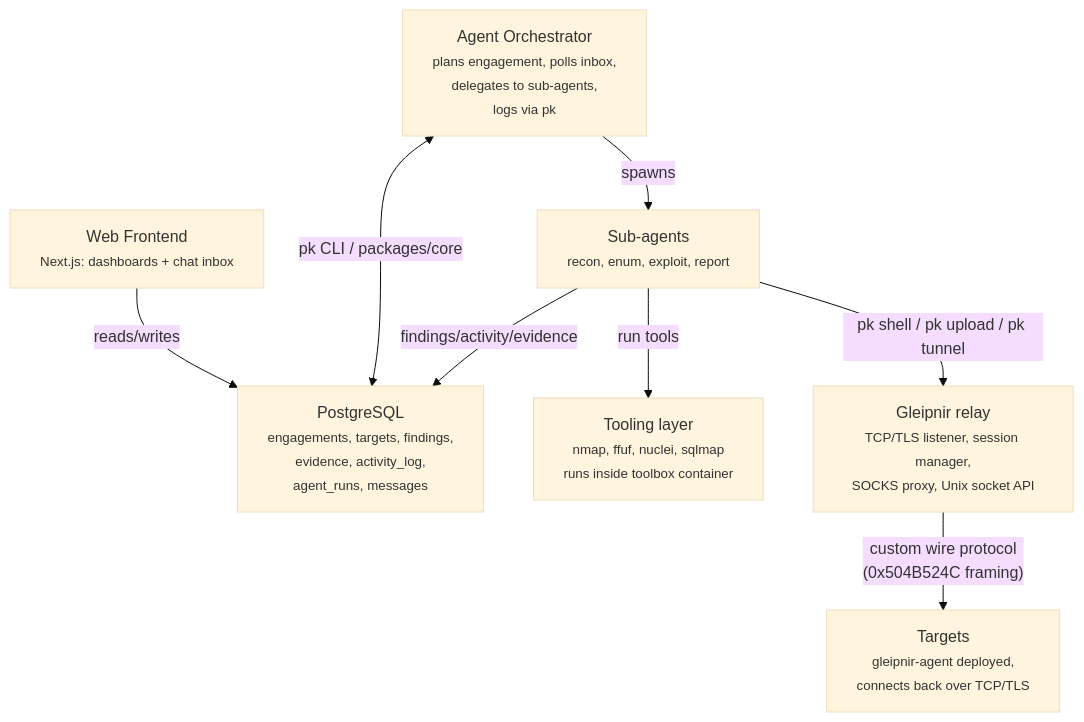
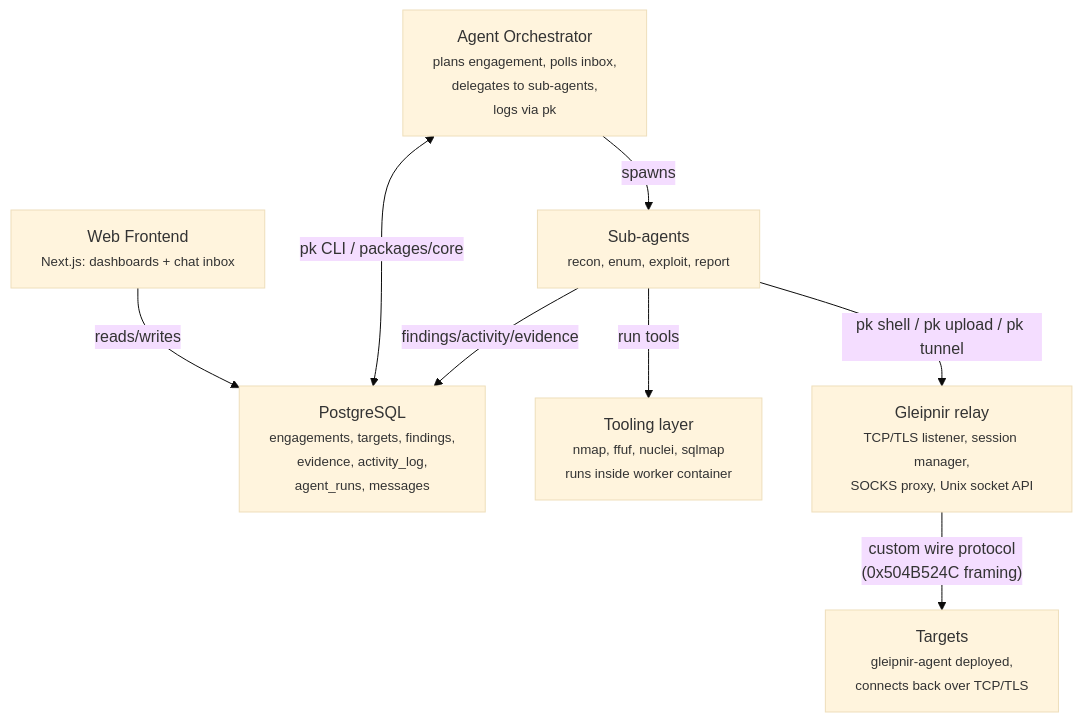
The diagram in docs/ARCHITECTURE.md (Saturate/PromptKiddie), drawn with Mermaid (base theme) before and after one commit. The commit also changed other lines of this file and 10 other files, not shown here.

First line of the commit message:
refactor: rename toolbox/attackbox refs to pk-worker pattern

````diff
--- a/docs/ARCHITECTURE.md
+++ b/docs/ARCHITECTURE.md
@@ -7,18 +7,18 @@
 ```mermaid
 graph TD
     FE["Web Frontend<br/><small>Next.js: dashboards + chat inbox</small>"]
     ORCH["Agent Orchestrator<br/><small>plans engagement, polls inbox,<br/>delegates to sub-agents,<br/>logs via pk</small>"]
     PG["PostgreSQL<br/><small>engagements, targets, findings,<br/>evidence, activity_log,<br/>agent_runs, messages</small>"]
     SUB["Sub-agents<br/><small>recon, enum, exploit, report</small>"]
-    TOOLS["Tooling layer<br/><small>nmap, ffuf, nuclei, sqlmap<br/>runs inside toolbox container</small>"]
+    TOOLS["Tooling layer<br/><small>nmap, ffuf, nuclei, sqlmap<br/>runs inside worker container</small>"]
     GLEIPNIR["Gleipnir relay<br/><small>TCP/TLS listener, session manager,<br/>SOCKS proxy, Unix socket API</small>"]
     TARGETS["Targets<br/><small>gleipnir-agent deployed,<br/>connects back over TCP/TLS</small>"]
 
     FE -- reads/writes --> PG
     ORCH <-- pk CLI / packages/core --> PG
     ORCH -- spawns --> SUB
     SUB -- findings/activity/evidence --> PG
     SUB -- run tools --> TOOLS
     SUB -- "pk shell / pk upload / pk tunnel" --> GLEIPNIR
     GLEIPNIR -- "custom wire protocol<br/>(0x504B524C framing)" --> TARGETS
 ```
````
